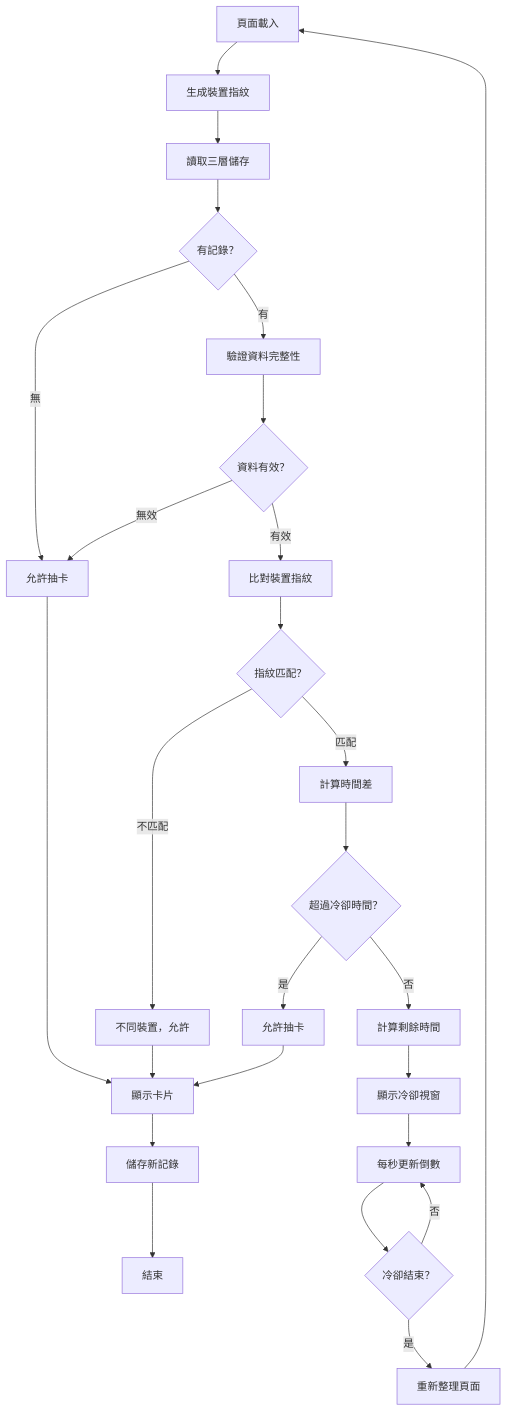
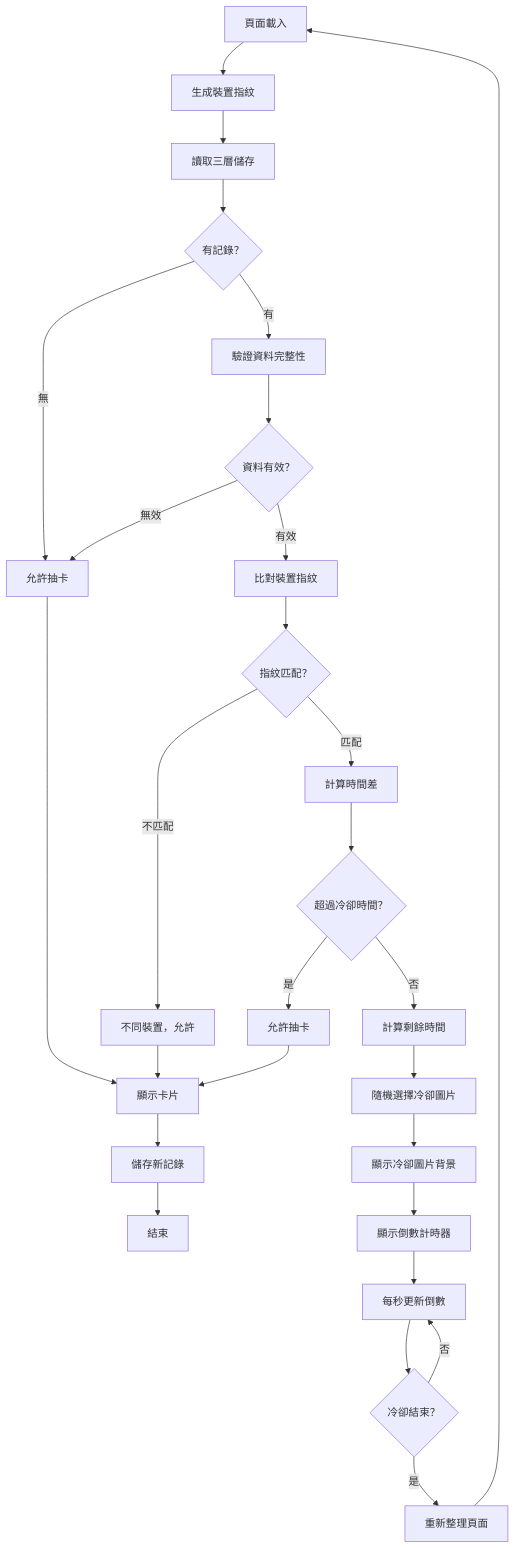
Before and after one commit to chicmoor/comoor: the third of 3 diagrams in docs/use-cases/04-rate-limiting.md, drawn with Mermaid. The commit also changed other lines of this file and 7 other files, not shown here.

````diff
--- a/docs/use-cases/04-rate-limiting.md
+++ b/docs/use-cases/04-rate-limiting.md
@@ -175,28 +175,30 @@
 ```mermaid
 flowchart TD
     A[頁面載入] --> B[生成裝置指紋]
     B --> C[讀取三層儲存]
     C --> D{有記錄？}
     D -->|無| E[允許抽卡]
     D -->|有| F[驗證資料完整性]
     F --> G{資料有效？}
     G -->|無效| E
     G -->|有效| H[比對裝置指紋]
     H --> I{指紋匹配？}
     I -->|不匹配| J[不同裝置，允許]
     I -->|匹配| K[計算時間差]
     K --> L{超過冷卻時間？}
     L -->|是| M[允許抽卡]
     L -->|否| N[計算剩餘時間]
-    N --> O[顯示冷卻視窗]
+    N --> O[隨機選擇冷卻圖片]
+    O --> P1[顯示冷卻圖片背景]
+    P1 --> P2[顯示倒數計時器]
     E --> P[顯示卡片]
     J --> P
     M --> P
     P --> Q[儲存新記錄]
     Q --> R[結束]
-    O --> S[每秒更新倒數]
+    P2 --> S[每秒更新倒數]
     S --> T{冷卻結束？}
     T -->|否| S
     T -->|是| U[重新整理頁面]
     U --> A
 ```
````
